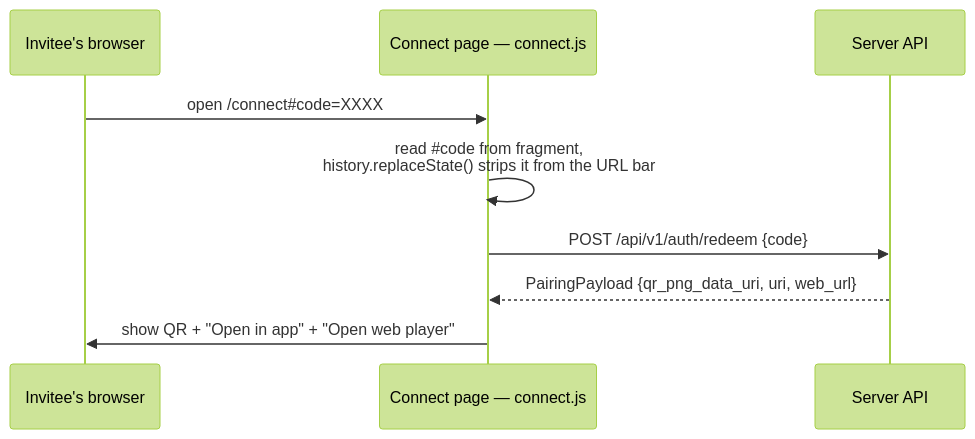
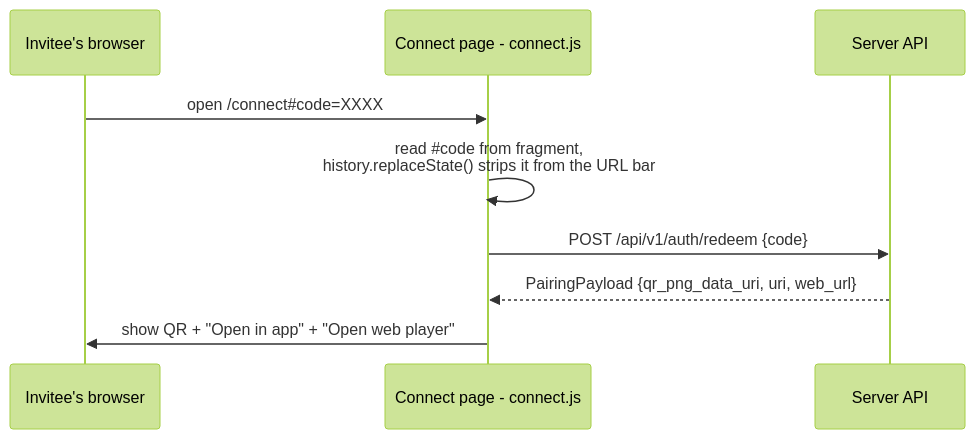
The diagram in docs-developers/server/web-ui.md (KodeStar/audiosilo-docs), drawn with Mermaid (forest theme) before and after one commit. The commit also changed other lines of this file and 57 other files, not shown here.

````diff
--- a/docs-developers/server/web-ui.md
+++ b/docs-developers/server/web-ui.md
@@ -76,12 +76,12 @@
 ```mermaid
 sequenceDiagram
     participant U as Invitee's browser
-    participant W as Connect page — connect.js
+    participant W as Connect page - connect.js
     participant S as Server API
 
     U->>W: open /connect#35;code=XXXX
     W->>W: read #35;code from fragment,<br/>history.replaceState() strips it from the URL bar
     W->>S: POST /api/v1/auth/redeem {code}
     S-->>W: PairingPayload {qr_png_data_uri, uri, web_url}
     W->>U: show QR + "Open in app" + "Open web player"
 ```
````
